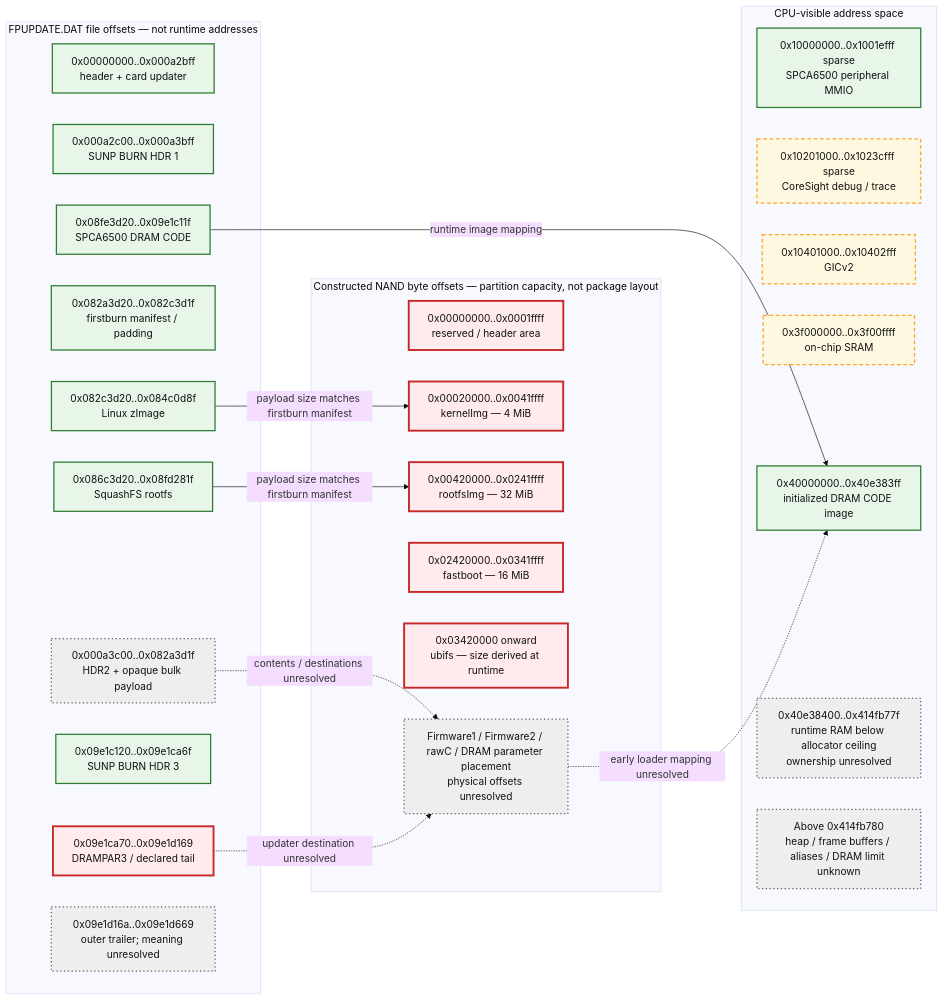
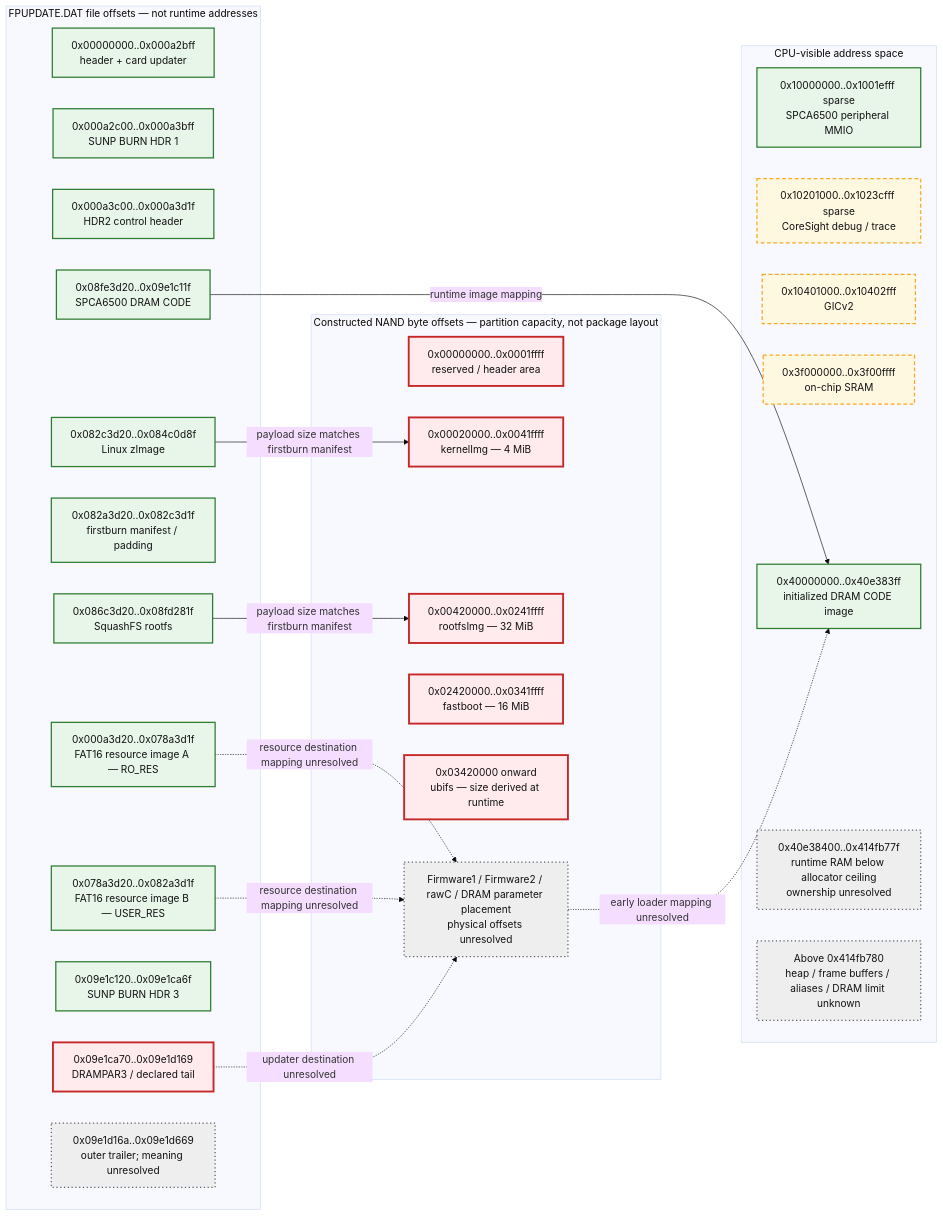
The third of 3 diagrams in analysis/hardware-and-boot-diagrams.md (yiweig/fujifilm-firmware-playground), drawn with Mermaid (base theme) before and after one commit. The commit also changed other lines of this file and 6 other files, not shown here.

````diff
--- a/analysis/hardware-and-boot-diagrams.md
+++ b/analysis/hardware-and-boot-diagrams.md
@@ -179,46 +183,49 @@
 ```mermaid
 flowchart LR
   classDef observed fill:#e8f5e9,stroke:#2e7d32,stroke-width:2px,color:#111;
   classDef inferred fill:#fff8e1,stroke:#f9a825,stroke-width:2px,stroke-dasharray:6 4,color:#111;
   classDef unknown fill:#eeeeee,stroke:#616161,stroke-width:2px,stroke-dasharray:2 4,color:#111;
   classDef critical fill:#ffebee,stroke:#c62828,stroke-width:3px,color:#111;
 
   subgraph pkg["FPUPDATE.DAT file offsets — not runtime addresses"]
     p0["0x00000000..0x000a2bff<br/>header + card updater"]:::observed
     p1["0x000a2c00..0x000a3bff<br/>SUNP BURN HDR 1"]:::observed
-    p2["0x000a3c00..0x082a3d1f<br/>HDR2 + opaque bulk payload"]:::unknown
+    p2h["0x000a3c00..0x000a3d1f<br/>HDR2 control header"]:::observed
+    p2a["0x000a3d20..0x078a3d1f<br/>FAT16 resource image A — RO_RES"]:::observed
+    p2b["0x078a3d20..0x082a3d1f<br/>FAT16 resource image B — USER_RES"]:::observed
     p3["0x082a3d20..0x082c3d1f<br/>firstburn manifest / padding"]:::observed
     p4["0x082c3d20..0x084c0d8f<br/>Linux zImage"]:::observed
     p5["0x086c3d20..0x08fd281f<br/>SquashFS rootfs"]:::observed
     p6["0x08fe3d20..0x09e1c11f<br/>SPCA6500 DRAM CODE"]:::observed
     p7["0x09e1c120..0x09e1ca6f<br/>SUNP BURN HDR 3"]:::observed
     p8["0x09e1ca70..0x09e1d169<br/>DRAMPAR3 / declared tail"]:::critical
     p9["0x09e1d16a..0x09e1d669<br/>outer trailer; meaning unresolved"]:::unknown
   end
 
   subgraph flash["Constructed NAND byte offsets — partition capacity, not package layout"]
     n0["0x00000000..0x0001ffff<br/>reserved / header area"]:::critical
     n1["0x00020000..0x0041ffff<br/>kernelImg — 4 MiB"]:::critical
     n2["0x00420000..0x0241ffff<br/>rootfsImg — 32 MiB"]:::critical
     n3["0x02420000..0x0341ffff<br/>fastboot — 16 MiB"]:::critical
     n4["0x03420000 onward<br/>ubifs — size derived at runtime"]:::critical
     n5["Firmware1 / Firmware2 / rawC / DRAM parameter placement<br/>physical offsets unresolved"]:::unknown
   end
 
   subgraph cpuaddr["CPU-visible address space"]
     c0["0x10000000..0x1001efff sparse<br/>SPCA6500 peripheral MMIO"]:::observed
     c1["0x10201000..0x1023cfff sparse<br/>CoreSight debug / trace"]:::inferred
     c2["0x10401000..0x10402fff<br/>GICv2"]:::inferred
     c3["0x3f000000..0x3f00ffff<br/>on-chip SRAM"]:::inferred
     c4["0x40000000..0x40e383ff<br/>initialized DRAM CODE image"]:::observed
     c5["0x40e38400..0x414fb77f<br/>runtime RAM below allocator ceiling<br/>ownership unresolved"]:::unknown
     c6["Above 0x414fb780<br/>heap / frame buffers / aliases / DRAM limit unknown"]:::unknown
   end
 
   p4 -->|"payload size matches firstburn manifest"| n1
   p5 -->|"payload size matches firstburn manifest"| n2
   p6 -->|"runtime image mapping"| c4
-  p2 -. "contents / destinations unresolved" .-> n5
+  p2a -. "resource destination mapping unresolved" .-> n5
+  p2b -. "resource destination mapping unresolved" .-> n5
   p8 -. "updater destination unresolved" .-> n5
   n5 -. "early loader mapping unresolved" .-> c4
 ```
````
